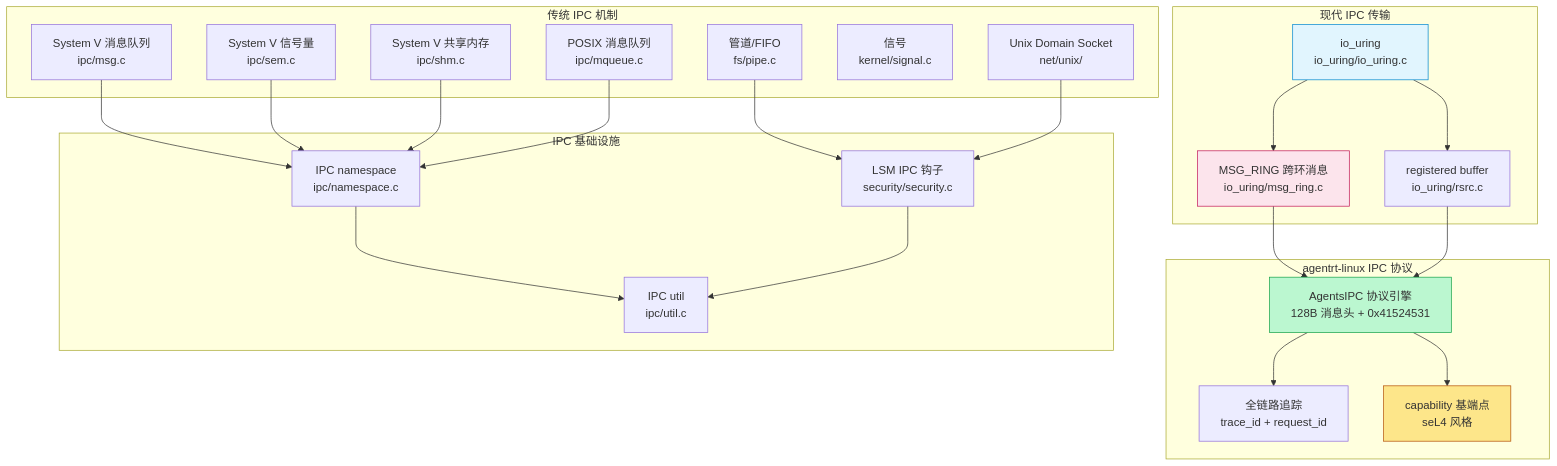
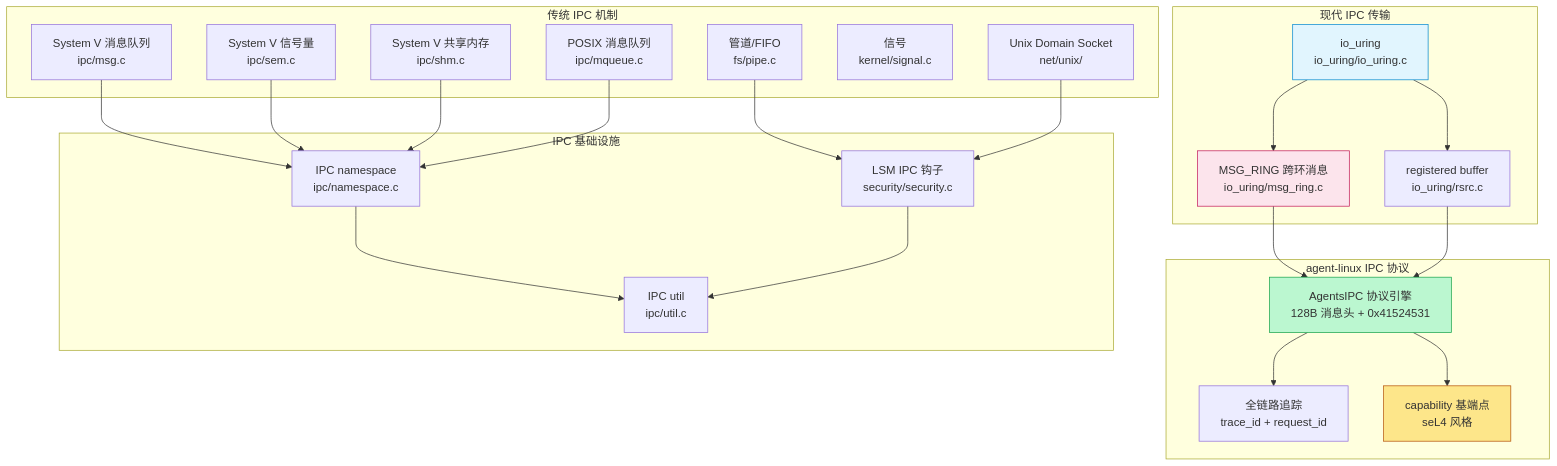
Before and after one commit to openairymax/docs-closed: the first of 4 diagrams in agentrt-linux/01-openeuler-tech-reference/06-ipc-spec.md, drawn with Mermaid. The commit also changed other lines of this file and 224 other files, not shown here.

Commit message:
docs: rename agentrt-linux to agent-linux across closed-docs v0.1.3 双工程结构：agentrt-linux 改名 agent-linux。closed-docs 全仓 agentrt-linux 引用统一为 agent-linux（含 review/规范/手册；目录名与 commit hash 不变）。

````diff
--- a/agentrt-linux/01-openeuler-tech-reference/06-ipc-spec.md
+++ b/agentrt-linux/01-openeuler-tech-reference/06-ipc-spec.md
@@ -88,52 +88,52 @@
 ```mermaid
 flowchart TB
     subgraph "传统 IPC 机制"
         SYSV_MSG[System V 消息队列<br/>ipc/msg.c]
         SYSV_SEM[System V 信号量<br/>ipc/sem.c]
         SYSV_SHM[System V 共享内存<br/>ipc/shm.c]
         MQUEUE[POSIX 消息队列<br/>ipc/mqueue.c]
         PIPE[管道/FIFO<br/>fs/pipe.c]
         SIGNAL[信号<br/>kernel/signal.c]
         UDS[Unix Domain Socket<br/>net/unix/]
     end
 
     subgraph "现代 IPC 传输"
         IO_URING[io_uring<br/>io_uring/io_uring.c]
         MSG_RING[MSG_RING 跨环消息<br/>io_uring/msg_ring.c]
         REG_BUF[registered buffer<br/>io_uring/rsrc.c]
     end
 
-    subgraph "agentrt-linux IPC 协议"
+    subgraph "agent-linux IPC 协议"
         AGENTS_IPC[AgentsIPC 协议引擎<br/>128B 消息头 + 0x41524531]
         TRACE[全链路追踪<br/>trace_id + request_id]
         CAP_ENDPOINT[capability 基端点<br/>seL4 风格]
     end
 
     subgraph "IPC 基础设施"
         NS[IPC namespace<br/>ipc/namespace.c]
         UTIL[IPC util<br/>ipc/util.c]
         LSM[LSM IPC 钩子<br/>security/security.c]
     end
 
     SYSV_MSG --> NS
     SYSV_SEM --> NS
     SYSV_SHM --> NS
     MQUEUE --> NS
     PIPE --> LSM
     UDS --> LSM
 
     IO_URING --> MSG_RING
     IO_URING --> REG_BUF
     MSG_RING --> AGENTS_IPC
     REG_BUF --> AGENTS_IPC
     AGENTS_IPC --> TRACE
     AGENTS_IPC --> CAP_ENDPOINT
 
     NS --> UTIL
     LSM --> UTIL
 
     style IO_URING fill:#e1f5fe,stroke:#0288d1
     style MSG_RING fill:#fce4ec,stroke:#c2185b
     style AGENTS_IPC fill:#bbf7d0,stroke:#16a34a
     style CAP_ENDPOINT fill:#fde68a,stroke:#b45309
 ```
````
